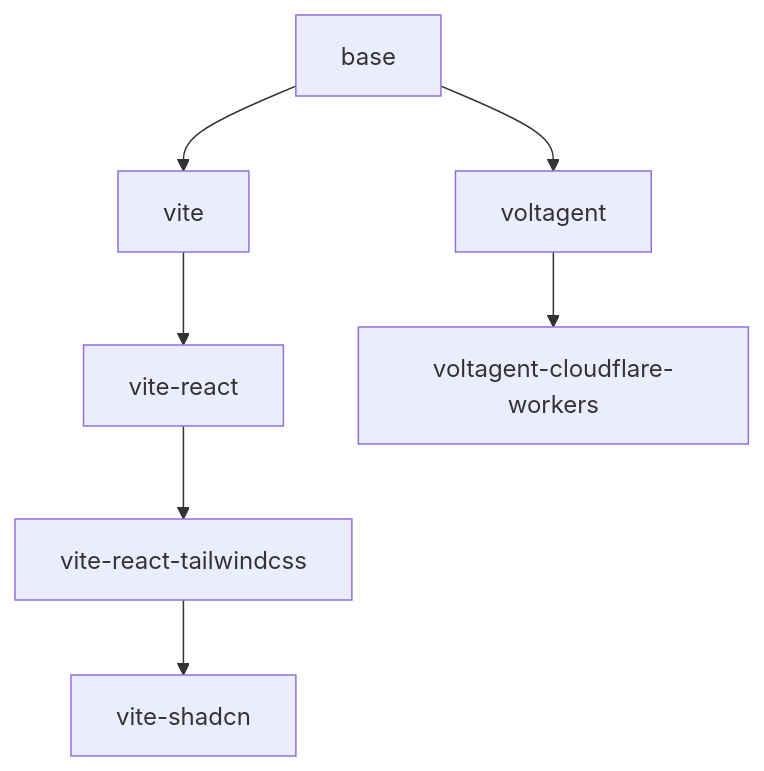
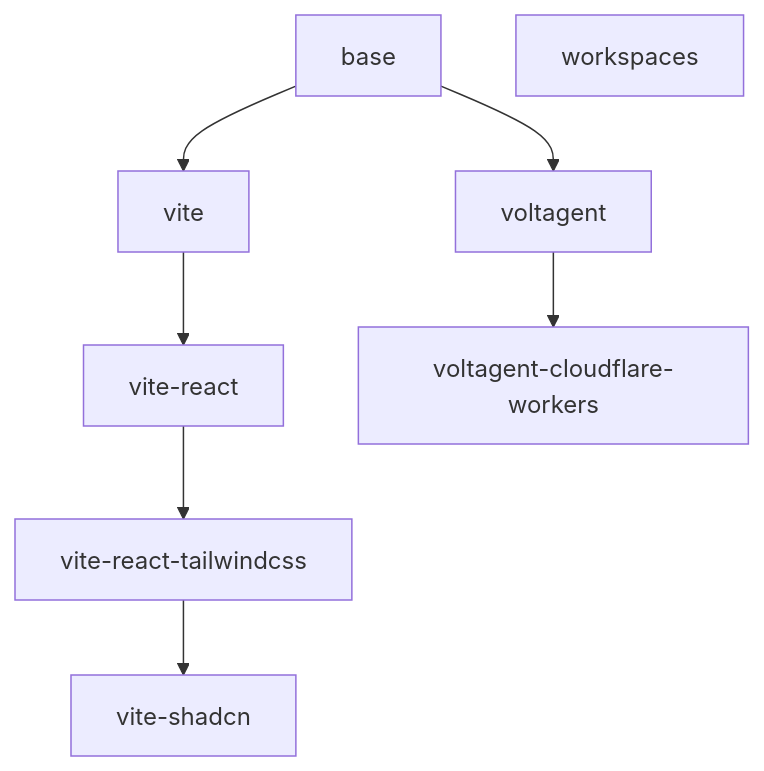
One commit to sakkeam/bun-templates changed the diagram in README.md. Above: the diagram before and after it, drawn with Mermaid. The commit also changed other lines of this file and 7 other files, not shown here.

````diff
--- a/README.md
+++ b/README.md
@@ -61,10 +67,13 @@
 ```mermaid
 flowchart TD
+    base
+    workspaces
+
     base --> vite
     vite --> vite-react
     vite-react --> vite-react-tailwindcss
     vite-react-tailwindcss --> vite-shadcn
 
     base --> voltagent
     voltagent --> voltagent-cloudflare-workers
 ```
````
